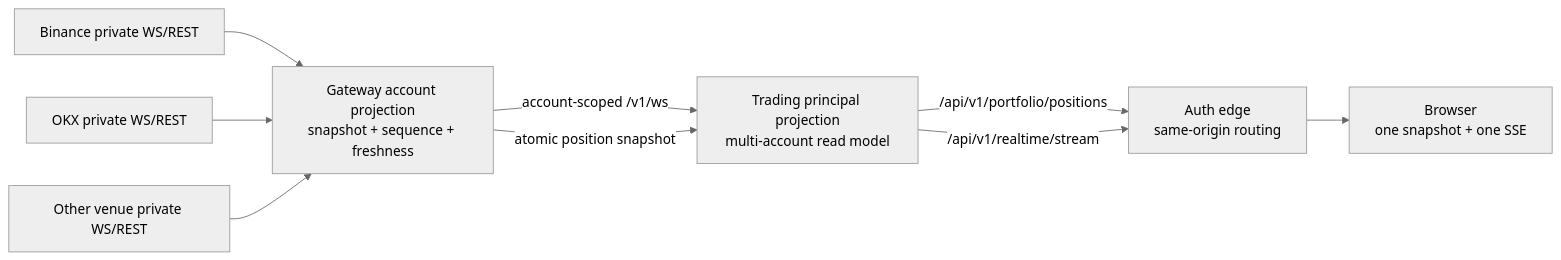
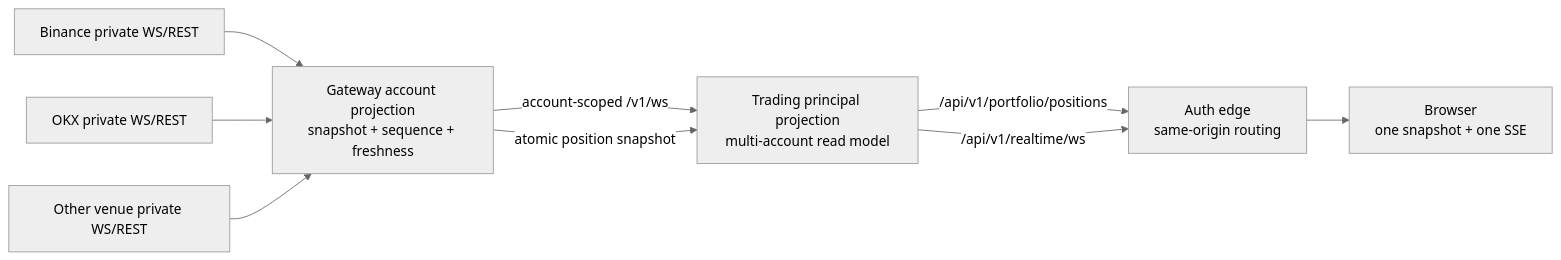
The first of 2 diagrams in position-experience-design.md (QuantProcessing/boltertrader), drawn with Mermaid (neutral theme) before and after one commit. The commit also changed 129 other files, not shown here.

````diff
--- a/position-experience-design.md
+++ b/position-experience-design.md
@@ -308,20 +308,20 @@
 ```mermaid
 flowchart LR
     V1[Binance private WS/REST]
     V2[OKX private WS/REST]
     V3[Other venue private WS/REST]
 
     G[Gateway account projection<br/>snapshot + sequence + freshness]
     T[Trading principal projection<br/>multi-account read model]
     A[Auth edge<br/>same-origin routing]
     B[Browser<br/>one snapshot + one SSE]
 
     V1 --> G
     V2 --> G
     V3 --> G
     G -->|account-scoped /v1/ws| T
     G -->|atomic position snapshot| T
     T -->|/api/v1/portfolio/positions| A
-    T -->|/api/v1/realtime/stream| A
+    T -->|/api/v1/realtime/ws| A
     A --> B
 ```
````
